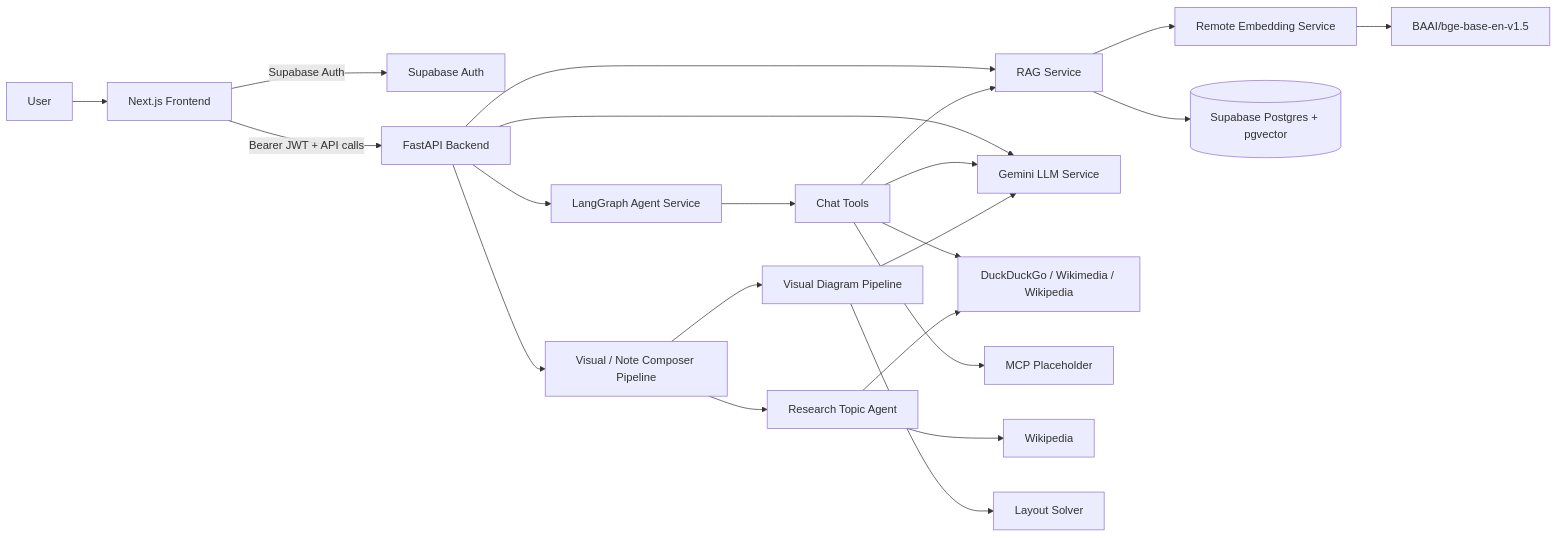
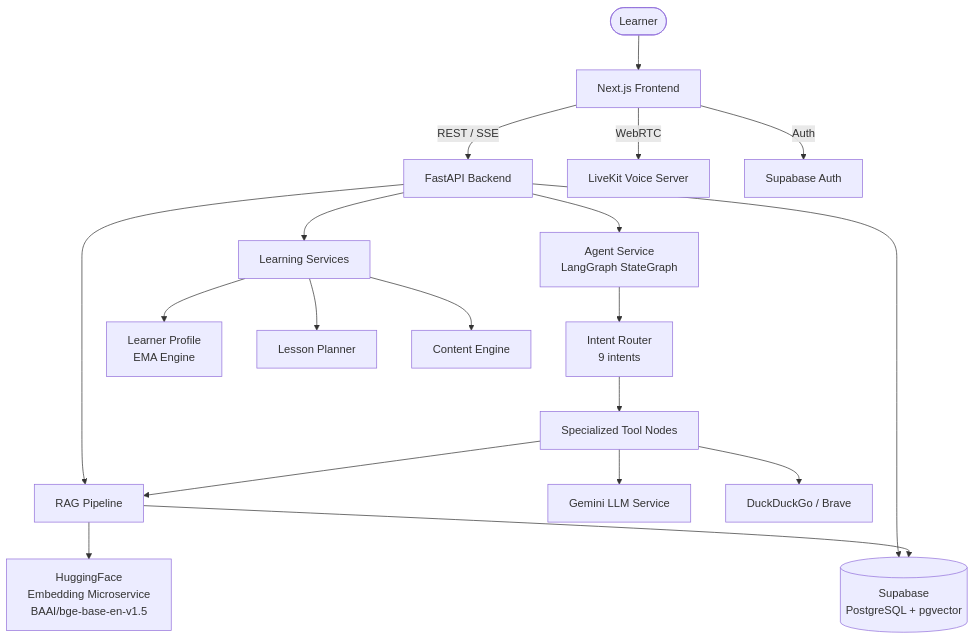
The first of 15 diagrams in ARCHITECTURE.md (Ramosh99/CognifyAI), drawn with Mermaid before and after one commit. The commit also changed other lines of this file and 1 other file, not shown here.

Commit message:
fix: truncate long Mermaid diagram labels to ensure valid syntax

````diff
--- a/ARCHITECTURE.md
+++ b/ARCHITECTURE.md
@@ -7,28 +9,26 @@
 ```mermaid
-flowchart LR
-  U[User] --> FE[Next.js Frontend]
-  FE -->|Supabase Auth| SBAuth[Supabase Auth]
-  FE -->|Bearer JWT + API calls| API[FastAPI Backend]
+graph TD
+    User([Learner]) --> FE[Next.js Frontend]
 
-  API --> Agent[LangGraph Agent Service]
-  API --> RAG[RAG Service]
-  API --> LLM[Gemini LLM Service]
-  API --> Visual[Visual / Note Composer Pipeline]
+    FE -- REST / SSE --> API[FastAPI Backend]
+    FE -- WebRTC --> LK[LiveKit Voice Server]
+    FE -- Auth --> SB_AUTH[Supabase Auth]
 
-  RAG --> EmbedAPI[Remote Embedding Service]
-  EmbedAPI --> BGE[BAAI/bge-base-en-v1.5]
+    API --> AgentSvc[Agent Service\nLangGraph StateGraph]
+    API --> RAGSvc[RAG Pipeline]
+    API --> LearnSvc[Learning Services]
+    API --> DB[(Supabase\nPostgreSQL + pgvector)]
 
-  RAG --> Supabase[(Supabase Postgres + pgvector)]
-  Agent --> Tools[Chat Tools]
-  Tools --> RAG
-  Tools --> LLM
-  Tools --> Web[DuckDuckGo / Wikimedia / Wikipedia]
-  Tools --> MCP[MCP Placeholder]
+    AgentSvc --> Router[Intent Router\n9 intents]
+    Router --> Tools[Specialized Tool Nodes]
+    Tools --> RAGSvc
+    Tools --> LLMSvc[Gemini LLM Service]
+    Tools --> WebSearch[DuckDuckGo / Brave]
 
-  Visual --> Research[Research Topic Agent]
-  Research --> Wiki[Wikipedia]
-  Research --> Web
-  Visual --> Diagram[Visual Diagram Pipeline]
-  Diagram --> LLM
-  Diagram --> Layout[Layout Solver]
+    RAGSvc --> EmbedMS[HuggingFace\nEmbedding Microservice\nBAAI/bge-base-en-v1.5]
+    RAGSvc --> DB
+
+    LearnSvc --> ProfileSvc[Learner Profile\nEMA Engine]
+    LearnSvc --> LessonSvc[Lesson Planner]
+    LearnSvc --> ContentEng[Content Engine]
 ```
````
